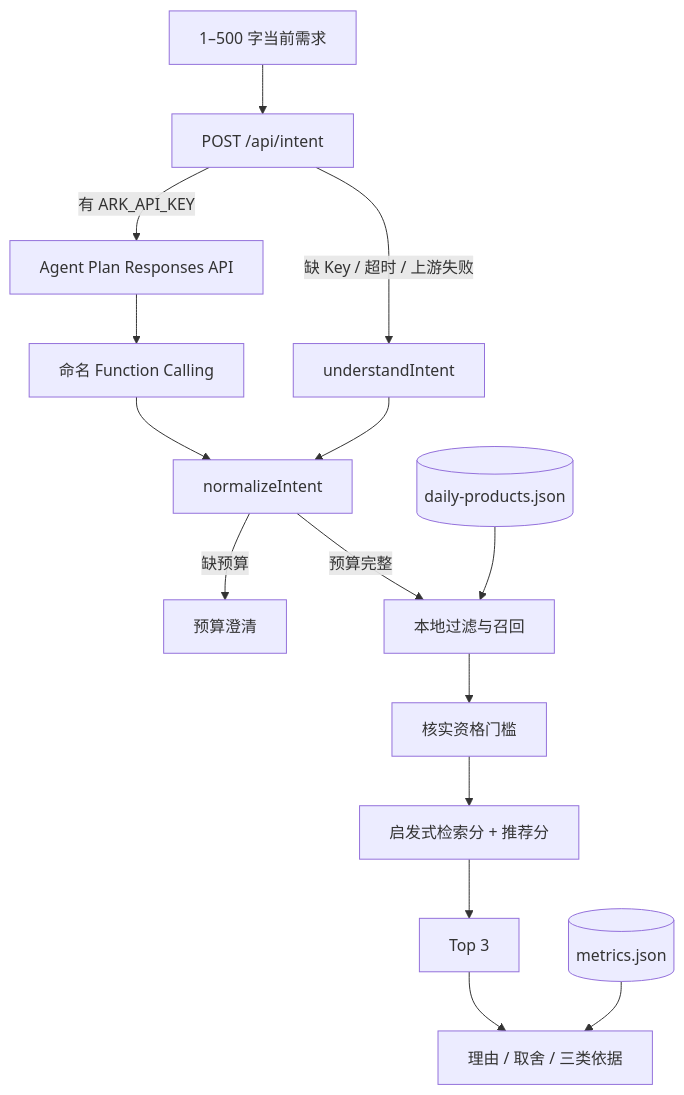
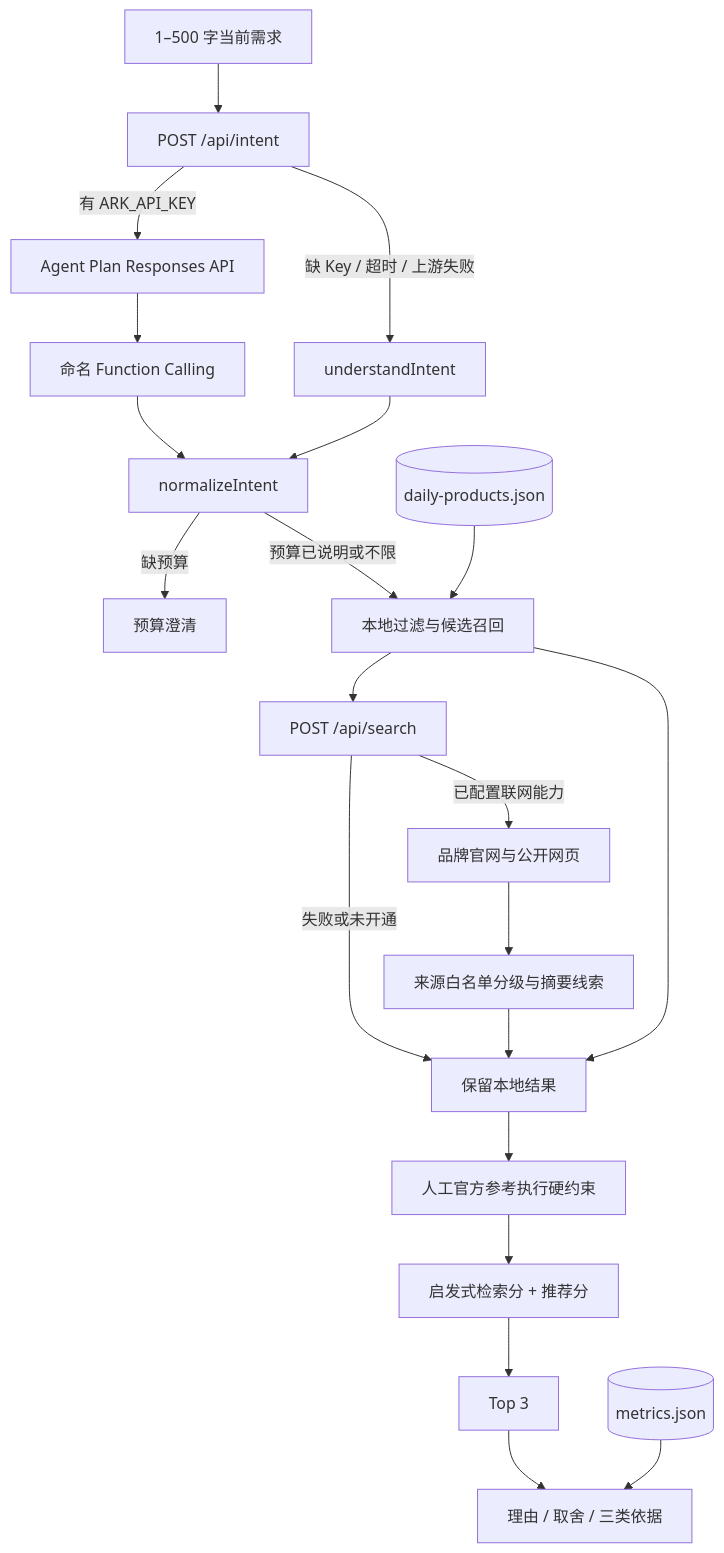
Before and after one commit to LICHENGYAN0316/zhixuan-ai-shopping-agent-cn: the diagram in docs/系统架构与RAG流程.md, drawn with Mermaid. The commit also changed other lines of this file and 17 other files, not shown here.

Commit message:
feat: add guarded web discovery for daily-care agent

````diff
--- a/docs/系统架构与RAG流程.md
+++ b/docs/系统架构与RAG流程.md
@@ -5,17 +5,23 @@
 ```mermaid
 flowchart TD
-    U[1–500 字当前需求] --> API[POST /api/intent]
-    API -->|有 ARK_API_KEY| ARK[Agent Plan Responses API]
-    API -->|缺 Key / 超时 / 上游失败| LOCAL[understandIntent]
-    ARK --> FC[命名 Function Calling]
-    FC --> N[normalizeIntent]
+    U["1–500 字当前需求"] --> API["POST /api/intent"]
+    API -->|"有 ARK_API_KEY"| ARK["Agent Plan Responses API"]
+    API -->|"缺 Key / 超时 / 上游失败"| LOCAL["understandIntent"]
+    ARK --> FC["命名 Function Calling"]
+    FC --> N["normalizeIntent"]
     LOCAL --> N
-    N -->|缺预算| Q[预算澄清]
-    N -->|预算完整| R[本地过滤与召回]
-    P[(daily-products.json)] --> R
-    R --> G[核实资格门槛]
-    G --> S[启发式检索分 + 推荐分]
-    S --> T[Top 3]
-    T --> UI[理由 / 取舍 / 三类依据]
-    M[(metrics.json)] --> UI
+    N -->|"缺预算"| Q["预算澄清"]
+    N -->|"预算已说明或不限"| R["本地过滤与候选召回"]
+    P[("daily-products.json")] --> R
+    R --> W["POST /api/search"]
+    W -->|"已配置联网能力"| WEB["品牌官网与公开网页"]
+    W -->|"失败或未开通"| G["保留本地结果"]
+    WEB --> E["来源白名单分级与摘要线索"]
+    E --> G
+    R --> G
+    G --> H["人工官方参考执行硬约束"]
+    H --> S["启发式检索分 + 推荐分"]
+    S --> T["Top 3"]
+    T --> UI["理由 / 取舍 / 三类依据"]
+    M[("metrics.json")] --> UI
 ```
````
